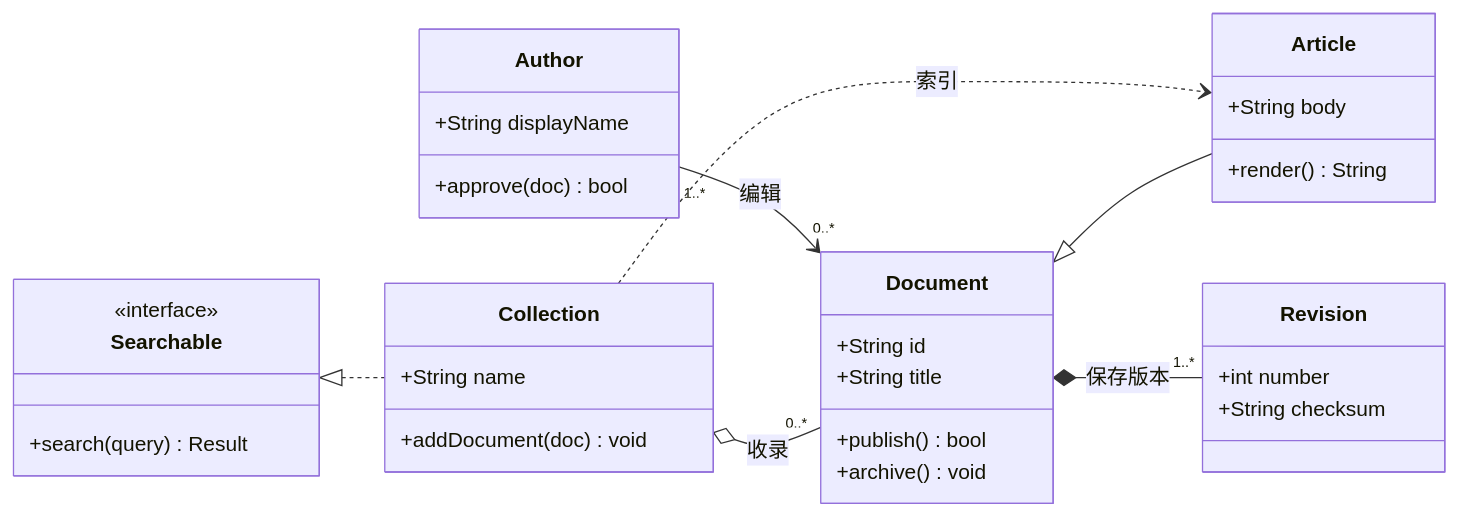
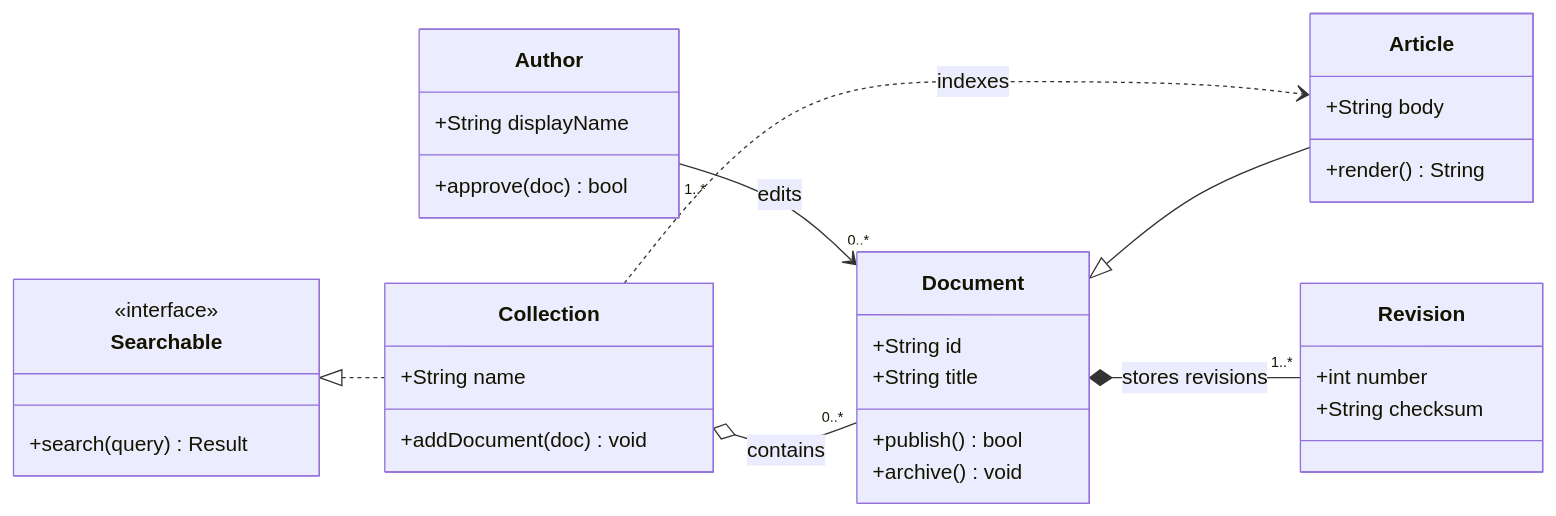
One commit to wizlijun/note.md changed the tenth of 50 diagrams in docs/examples/mermaid-pele-theme-gallery.md. Above: the diagram before and after it, drawn with Mermaid. The commit also changed other lines of this file, not shown here.

Commit message:
docs: make diagram gallery English and image focused

````diff
--- a/docs/examples/mermaid-pele-theme-gallery.md
+++ b/docs/examples/mermaid-pele-theme-gallery.md
@@ -684,36 +460,36 @@
 ```mermaid
 classDiagram
   direction LR
   class Searchable {
     <<interface>>
     +search(query) Result
   }
   class Document {
     +String id
     +String title
     +publish() bool
     +archive() void
   }
   class Article {
     +String body
     +render() String
   }
   class Collection {
     +String name
     +addDocument(doc) void
   }
   class Revision {
     +int number
     +String checksum
   }
   class Author {
     +String displayName
     +approve(doc) bool
   }
   Document <|-- Article
   Searchable <|.. Collection
-  Collection o-- "0..*" Document : 收录
-  Document *-- "1..*" Revision : 保存版本
-  Author "1..*" --> "0..*" Document : 编辑
-  Collection ..> Article : 索引
+  Collection o-- "0..*" Document : contains
+  Document *-- "1..*" Revision : stores revisions
+  Author "1..*" --> "0..*" Document : edits
+  Collection ..> Article : indexes
 ```
````
